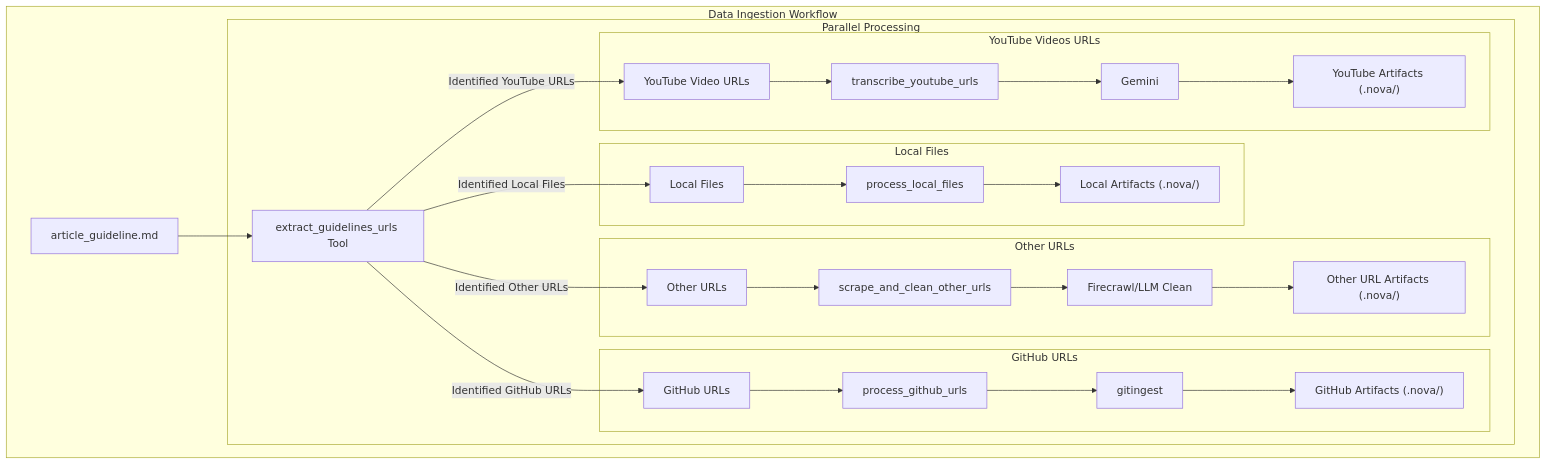
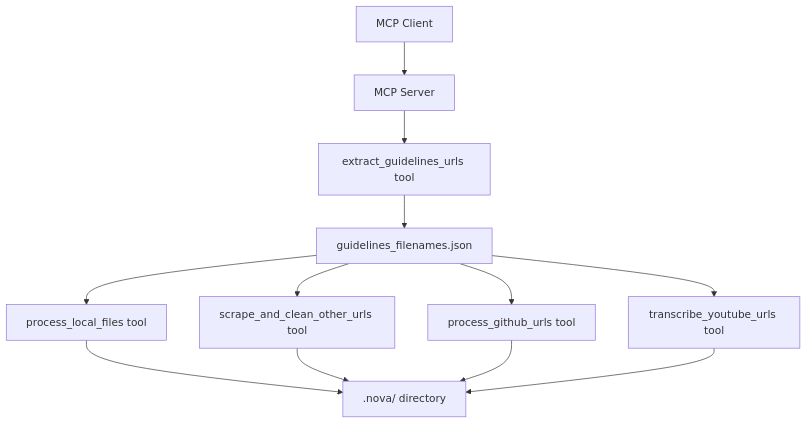
The first of 8 diagrams in lessons/17_data_ingestion/article.md (shoaibkhanz/agentic-ai-engineering-course), drawn with Mermaid before and after one commit. The commit also changed other lines of this file and 8 other files, not shown here.

Commit message:
feat: add guidelines and articles of L18 and L19; fix 'local_file_paths' bug in process local files tool

````diff
--- a/lessons/17_data_ingestion/article.md
+++ b/lessons/17_data_ingestion/article.md
@@ -22,54 +156,14 @@
 ```mermaid
 graph TD
-    subgraph "Data Ingestion Workflow"
-        A["article_guideline.md"]
-        B["extract_guidelines_urls Tool"]
-
-        A --> B
-
-        subgraph "Parallel Processing"
-            subgraph "Local Files"
-                C1["Local Files"]
-                D1["process_local_files"]
-                E1["Local Artifacts (.nova/)"]
-                C1 --> D1
-                D1 --> E1
-            end
-
-            subgraph "Other URLs"
-                C2["Other URLs"]
-                D2["scrape_and_clean_other_urls"]
-                E2["Firecrawl/LLM Clean"]
-                F2["Other URL Artifacts (.nova/)"]
-                C2 --> D2
-                D2 --> E2
-                E2 --> F2
-            end
-
-            subgraph "GitHub URLs"
-                C3["GitHub URLs"]
-                D3["process_github_urls"]
-                E3["gitingest"]
-                F3["GitHub Artifacts (.nova/)"]
-                C3 --> D3
-                D3 --> E3
-                E3 --> F3
-            end
-
-            subgraph "YouTube Videos URLs"
-                C4["YouTube Video URLs"]
-                D4["transcribe_youtube_urls"]
-                E4["Gemini"]
-                F4["YouTube Artifacts (.nova/)"]
-                C4 --> D4
-                D4 --> E4
-                E4 --> F4
-            end
-
-            B -->|Identified Local Files| C1
-            B -->|Identified Other URLs| C2
-            B -->|Identified GitHub URLs| C3
-            B -->|Identified YouTube URLs| C4
-        end
-    end
+    A["MCP Client"] --> B["MCP Server"]
+    B --> C["extract_guidelines_urls tool"]
+    C --> D["guidelines_filenames.json"]
+    D --> E["process_local_files tool"]
+    D --> F["scrape_and_clean_other_urls tool"]
+    D --> G["process_github_urls tool"]
+    D --> H["transcribe_youtube_urls tool"]
+    E --> I[".nova/ directory"]
+    F --> I
+    G --> I
+    H --> I
 ```
````
